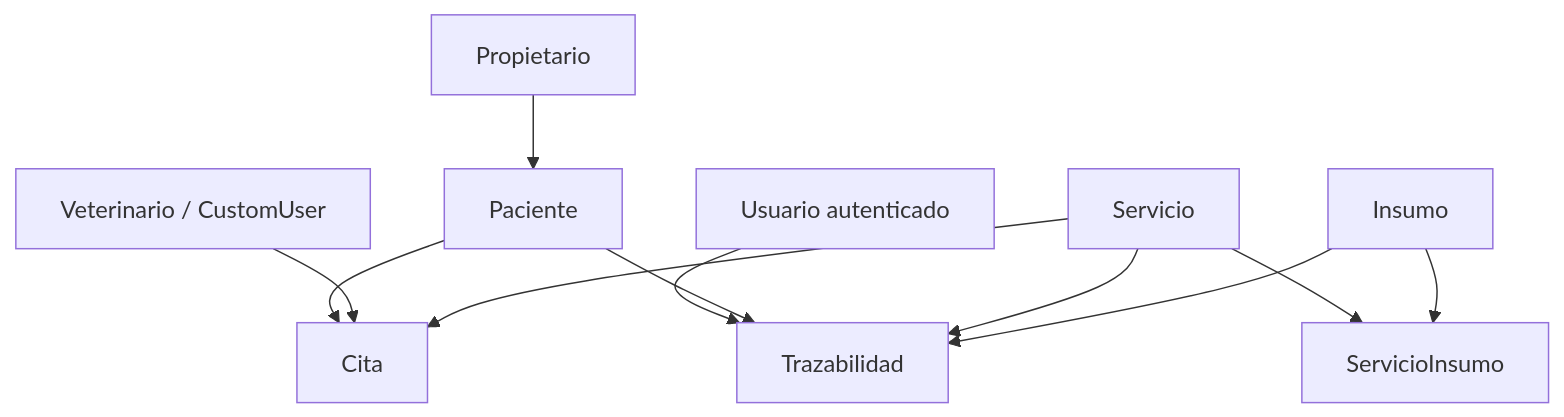
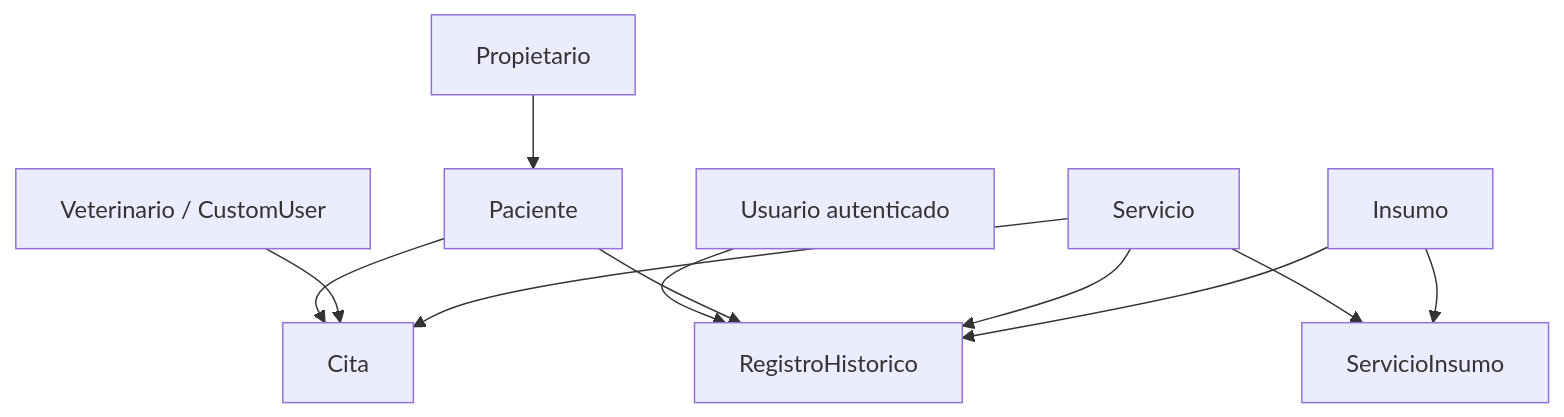
Before and after one commit to Andrefnx/VetSantaSofia: the second of 2 diagrams in README.md, drawn with Mermaid. The commit also changed other lines of this file, not shown here.

````diff
--- a/README.md
+++ b/README.md
@@ -73,13 +63,13 @@
 ```mermaid
 flowchart TD
     O[Propietario] --> P[Paciente]
     P --> C[Cita]
     V[Veterinario / CustomUser] --> C
     S[Servicio] --> C
     S --> SI[ServicioInsumo]
     I[Insumo] --> SI
-    U[Usuario autenticado] --> T[Trazabilidad]
+    U[Usuario autenticado] --> T[RegistroHistorico]
     P --> T
     S --> T
     I --> T
 ```
````
